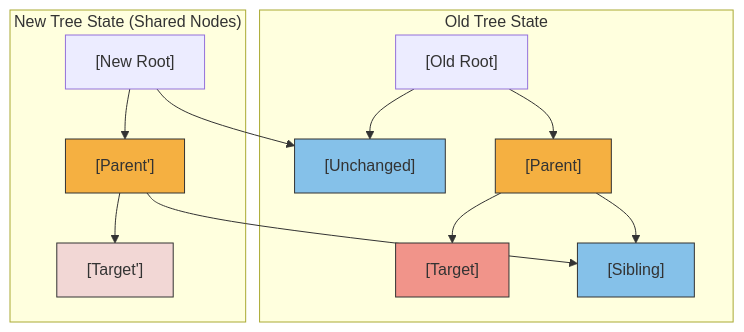
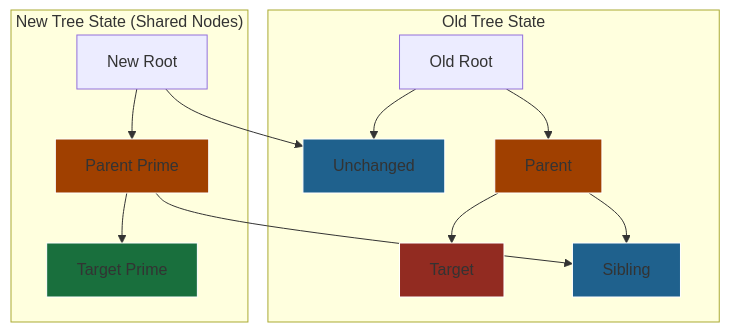
One commit to Amit6648/obsidian changed the first of 3 diagrams in Block-Based Document Systems Engineering.md. Above: the diagram before and after it, drawn with Mermaid. The commit also changed other lines of this file, not shown here.

Commit message:
vault backup: 2026-07-09 16:56:26

````diff
--- a/Block-Based Document Systems Engineering.md
+++ b/Block-Based Document Systems Engineering.md
@@ -26,23 +26,23 @@
 ```mermaid
 graph TD
     subgraph old_tree ["Old Tree State"]
-        R1["[Old Root]"] --> U1["[Unchanged]"]
-        R1 --> P1["[Parent]"]
-        P1 --> T1["[Target]"]
-        P1 --> S1["[Sibling]"]
+        R1["Old Root"] --> U1["Unchanged"]
+        R1 --> P1["Parent"]
+        P1 --> T1["Target"]
+        P1 --> S1["Sibling"]
     end
 
     subgraph new_tree ["New Tree State (Shared Nodes)"]
-        R2["[New Root]"] --> U1
-        R2 --> P2["[Parent']"]
-        P2 --> T2["[Target']"]
+        R2["New Root"] --> U1
+        R2 --> P2["Parent Prime"]
+        P2 --> T2["Target Prime"]
         P2 --> S1
     end
 
-    style U1 fill:#85c1e9,stroke:#333,stroke-width:1px
-    style S1 fill:#85c1e9,stroke:#333,stroke-width:1px
-    style P1 fill:#f5b041,stroke:#333,stroke-width:1px
-    style P2 fill:#f5b041,stroke:#333,stroke-width:1px
-    style T1 fill:#f1948a,stroke:#333,stroke-width:1px
-    style T2 fill:#f2d7d5,stroke:#333,stroke-width:1px
+    style U1 fill:#1f618d,stroke:#fff,stroke-width:1px
+    style S1 fill:#1f618d,stroke:#fff,stroke-width:1px
+    style P1 fill:#a04000,stroke:#fff,stroke-width:1px
+    style P2 fill:#a04000,stroke:#fff,stroke-width:1px
+    style T1 fill:#922b21,stroke:#fff,stroke-width:1px
+    style T2 fill:#196f3d,stroke:#fff,stroke-width:1px
 ```
````
